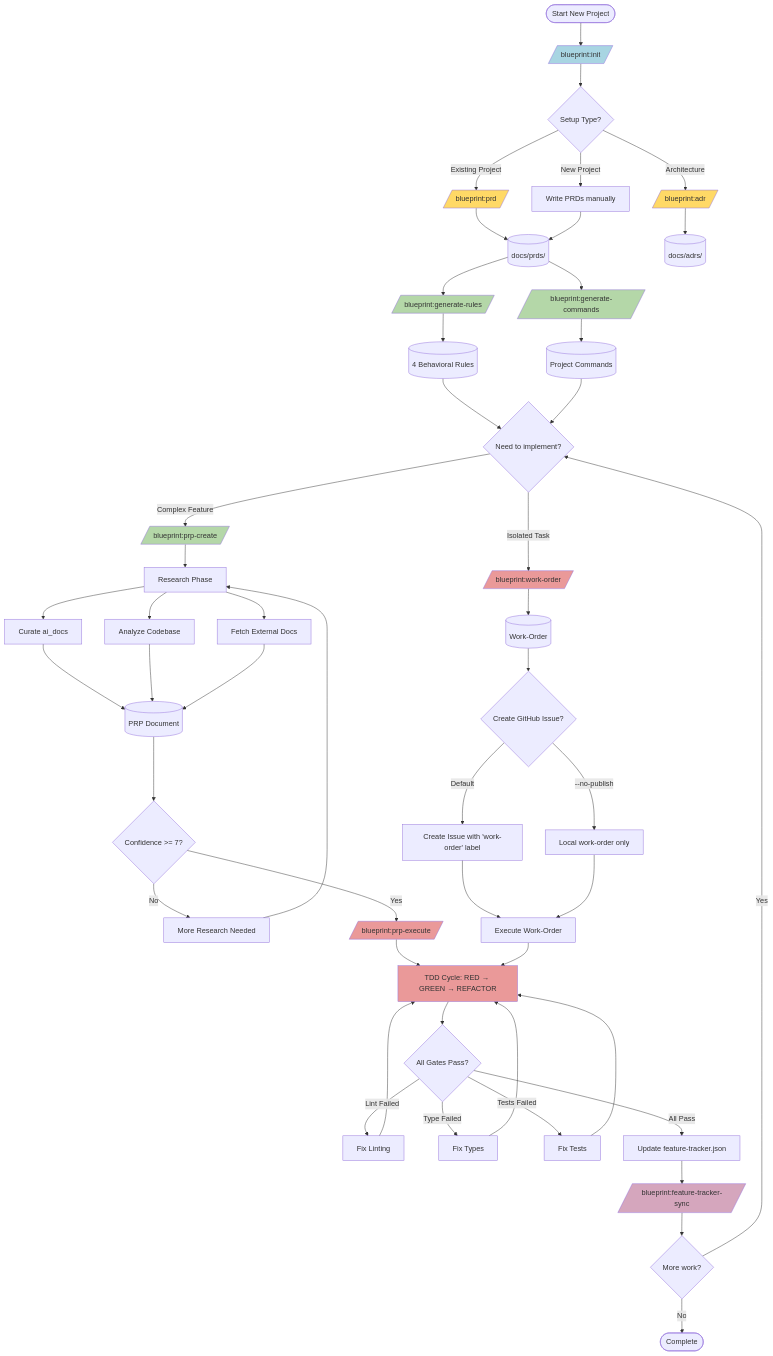
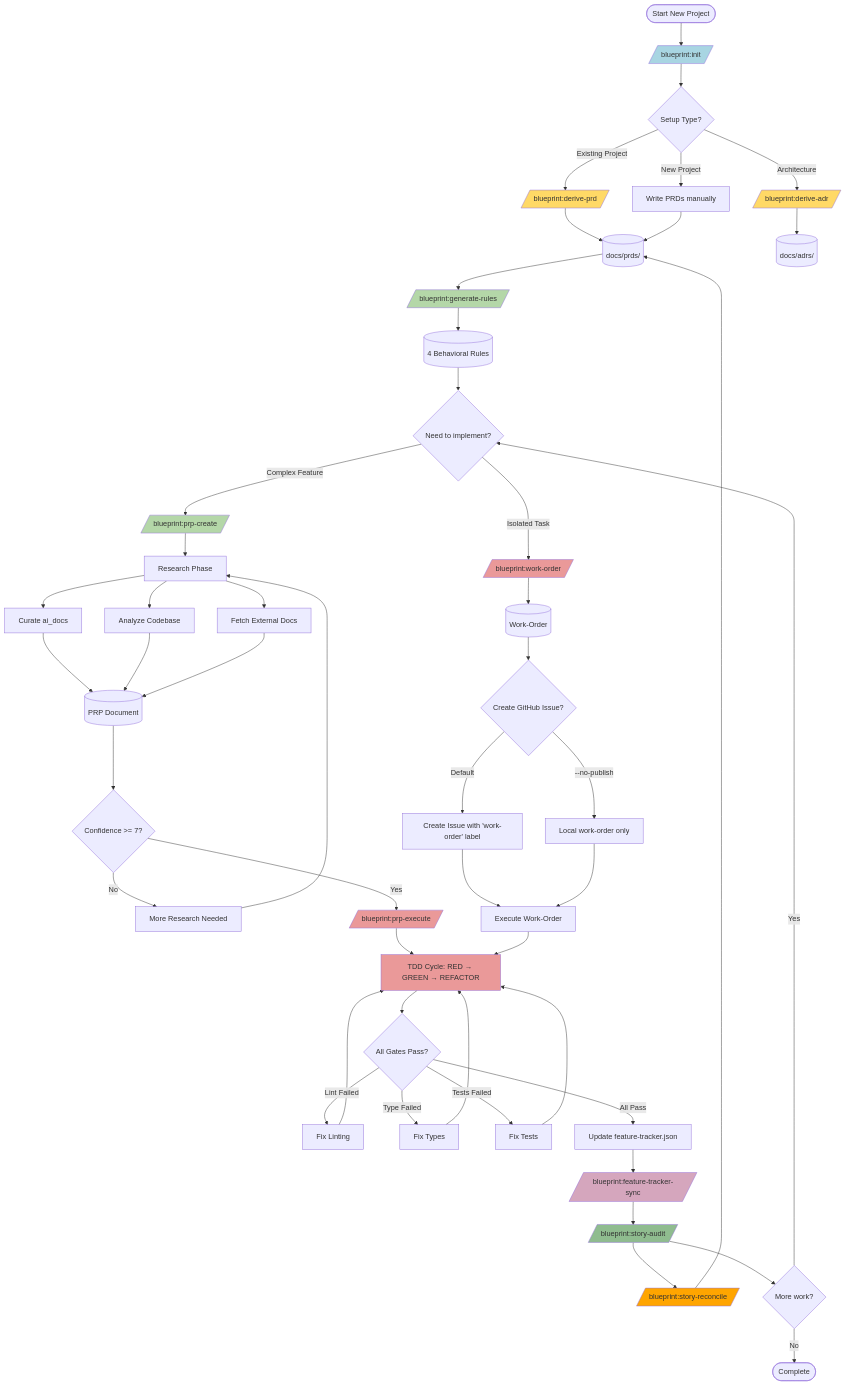
Before and after one commit to laurigates/claude-plugins: the second of 8 diagrams in blueprint-plugin/docs/blueprint-plugin-sequence.md, drawn with Mermaid. The commit also changed other lines of this file and 4 other files, not shown here.

````diff
--- a/blueprint-plugin/docs/blueprint-plugin-sequence.md
+++ b/blueprint-plugin/docs/blueprint-plugin-sequence.md
@@ -116,79 +116,80 @@
 ```mermaid
 graph TB
     Start([Start New Project]) --> Init[/blueprint:init/]
 
     Init --> InitArtifacts{Setup Type?}
-    InitArtifacts -->|Existing Project| GenPRD[/blueprint:prd/]
+    InitArtifacts -->|Existing Project| GenPRD[/blueprint:derive-prd/]
     InitArtifacts -->|New Project| WritePRD[Write PRDs manually]
-    InitArtifacts -->|Architecture| GenADR[/blueprint:adr/]
+    InitArtifacts -->|Architecture| GenADR[/blueprint:derive-adr/]
 
     GenPRD --> PRDs[(docs/prds/)]
     WritePRD --> PRDs
     GenADR --> ADRs[(docs/adrs/)]
 
     PRDs --> GenRules[/blueprint:generate-rules/]
-    PRDs --> GenCmds[/blueprint:generate-commands/]
 
     GenRules --> Rules[(4 Behavioral Rules)]
-    GenCmds --> Commands[(Project Commands)]
 
     Rules --> FeatureWork{Need to implement?}
-    Commands --> FeatureWork
 
     FeatureWork -->|Complex Feature| CreatePRP[/blueprint:prp-create/]
     FeatureWork -->|Isolated Task| CreateWO[/blueprint:work-order/]
 
     CreatePRP --> ResearchPhase[Research Phase]
     ResearchPhase --> CurateAIDocs[Curate ai_docs]
     ResearchPhase --> AnalyzeCodebase[Analyze Codebase]
     ResearchPhase --> FetchDocs[Fetch External Docs]
 
     CurateAIDocs --> PRP[(PRP Document)]
     AnalyzeCodebase --> PRP
     FetchDocs --> PRP
 
     PRP --> ConfidenceCheck{Confidence >= 7?}
     ConfidenceCheck -->|No| MoreResearch[More Research Needed]
     MoreResearch --> ResearchPhase
     ConfidenceCheck -->|Yes| ExecutePRP[/blueprint:prp-execute/]
 
     CreateWO --> WorkOrder[(Work-Order)]
     WorkOrder --> OptionalGH{Create GitHub Issue?}
     OptionalGH -->|Default| GitHubIssue[Create Issue with 'work-order' label]
     OptionalGH -->|--no-publish| LocalOnly[Local work-order only]
 
     GitHubIssue --> ExecuteWO[Execute Work-Order]
     LocalOnly --> ExecuteWO
 
     ExecutePRP --> TDDCycle
     ExecuteWO --> TDDCycle
 
     TDDCycle[TDD Cycle: RED → GREEN → REFACTOR]
     TDDCycle --> ValidationGates{All Gates Pass?}
 
     ValidationGates -->|Lint Failed| FixLint[Fix Linting]
     ValidationGates -->|Type Failed| FixTypes[Fix Types]
     ValidationGates -->|Tests Failed| FixTests[Fix Tests]
 
     FixLint --> TDDCycle
     FixTypes --> TDDCycle
     FixTests --> TDDCycle
 
     ValidationGates -->|All Pass| UpdateProgress[Update feature-tracker.json]
     UpdateProgress --> TrackFeatures[/blueprint:feature-tracker-sync/]
 
-    TrackFeatures --> MoreWork{More work?}
+    TrackFeatures --> StoryAudit[/blueprint:story-audit/]
+    StoryAudit --> Reconcile[/blueprint:story-reconcile/]
+    Reconcile --> PRDs
+    StoryAudit --> MoreWork{More work?}
     MoreWork -->|Yes| FeatureWork
     MoreWork -->|No| Done([Complete])
 
     style Init fill:#a8d5e2
     style GenPRD fill:#ffd966
     style GenADR fill:#ffd966
     style GenRules fill:#b4d7a8
-    style GenCmds fill:#b4d7a8
     style CreatePRP fill:#b4d7a8
     style ExecutePRP fill:#ea9999
     style CreateWO fill:#ea9999
     style TrackFeatures fill:#d5a6bd
     style TDDCycle fill:#ea9999
+    style StoryAudit fill:#8fbc8f
+    style Reconcile fill:#ffa500
 ```
````
